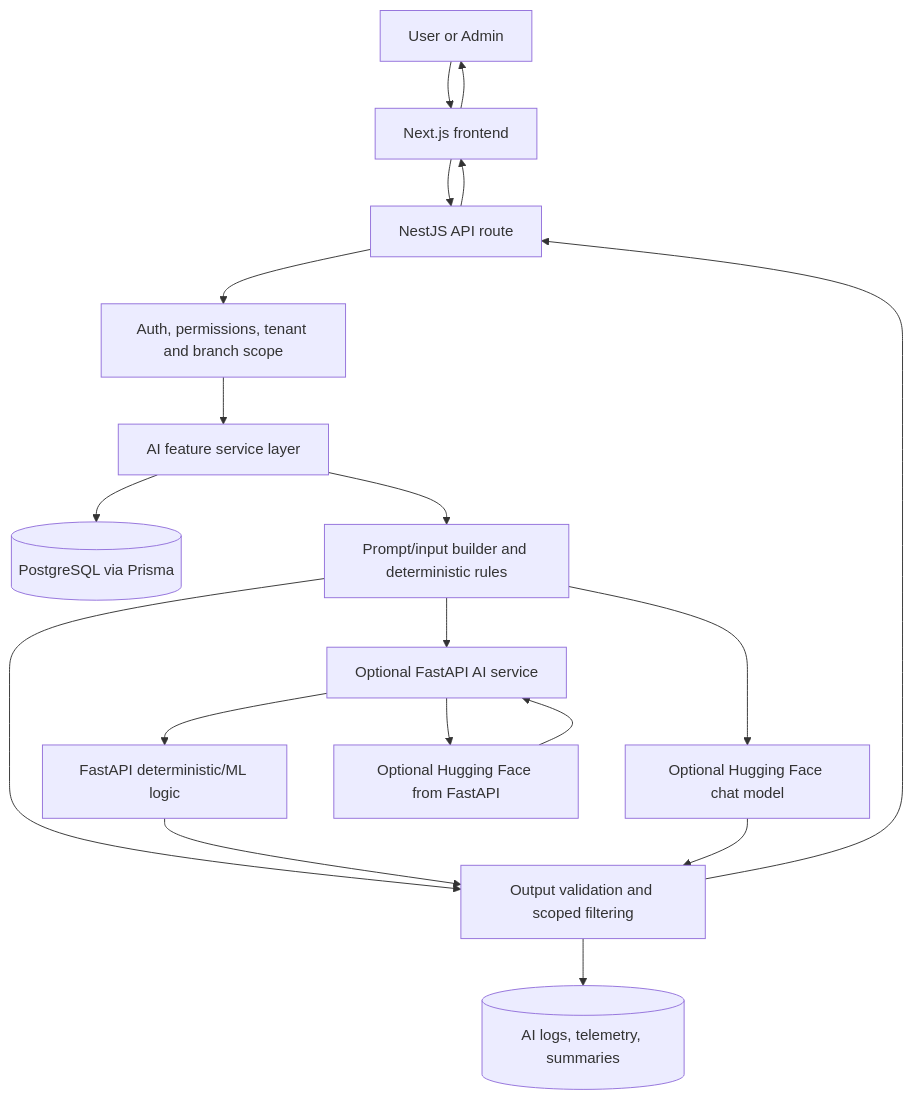
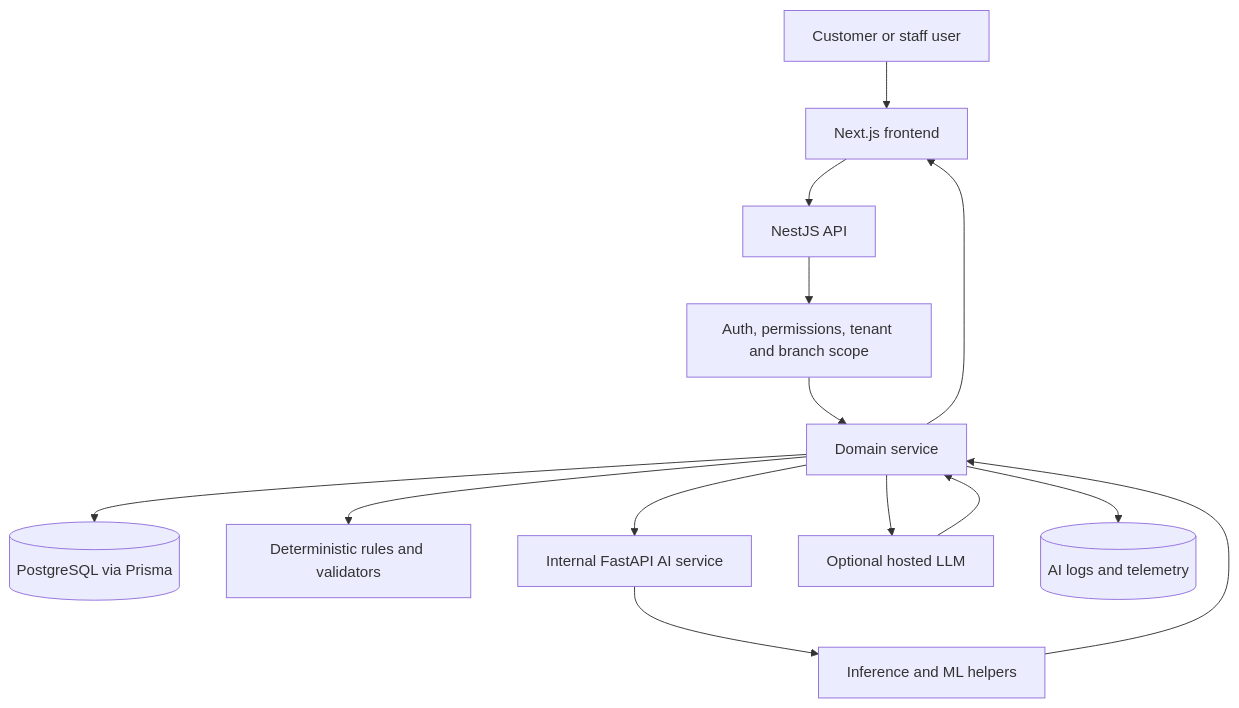
The diagram in docs/2_architecture/20_services/30_ai_services.md (AhmadAbughanam/SmartServe), drawn with Mermaid before and after one commit. The commit also changed other lines of this file and 21 other files, not shown here.

````diff
--- a/docs/2_architecture/20_services/30_ai_services.md
+++ b/docs/2_architecture/20_services/30_ai_services.md
@@ -26,21 +158,16 @@
 ```mermaid
 flowchart TD
-  User[User or Admin] --> Frontend[Next.js frontend]
-  Frontend --> API[NestJS API route]
-  API --> Auth[Auth, permissions, tenant and branch scope]
-  Auth --> Service[AI feature service layer]
-  Service --> DB[(PostgreSQL via Prisma)]
-  Service --> Prompt[Prompt/input builder and deterministic rules]
-  Prompt --> Validator[Output validation and scoped filtering]
-  Prompt --> FastAPI[Optional FastAPI AI service]
-  Prompt --> HF[Optional Hugging Face chat model]
-  FastAPI --> FastRules[FastAPI deterministic/ML logic]
-  FastAPI --> HF2[Optional Hugging Face from FastAPI]
-  FastRules --> Validator
-  HF --> Validator
-  HF2 --> FastAPI
-  Validator --> Logs[(AI logs, telemetry, summaries)]
-  Validator --> API
-  API --> Frontend
-  Frontend --> User
+  User[Customer or staff user] --> Frontend[Next.js frontend]
+  Frontend --> API[NestJS API]
+  API --> Scope[Auth, permissions, tenant and branch scope]
+  Scope --> Domain[Domain service]
+  Domain --> DB[(PostgreSQL via Prisma)]
+  Domain --> Rules[Deterministic rules and validators]
+  Domain --> FastAPI[Internal FastAPI AI service]
+  Domain --> LLM[Optional hosted LLM]
+  FastAPI --> Models[Inference and ML helpers]
+  Models --> Domain
+  LLM --> Domain
+  Domain --> Logs[(AI logs and telemetry)]
+  Domain --> Frontend
 ```
````
